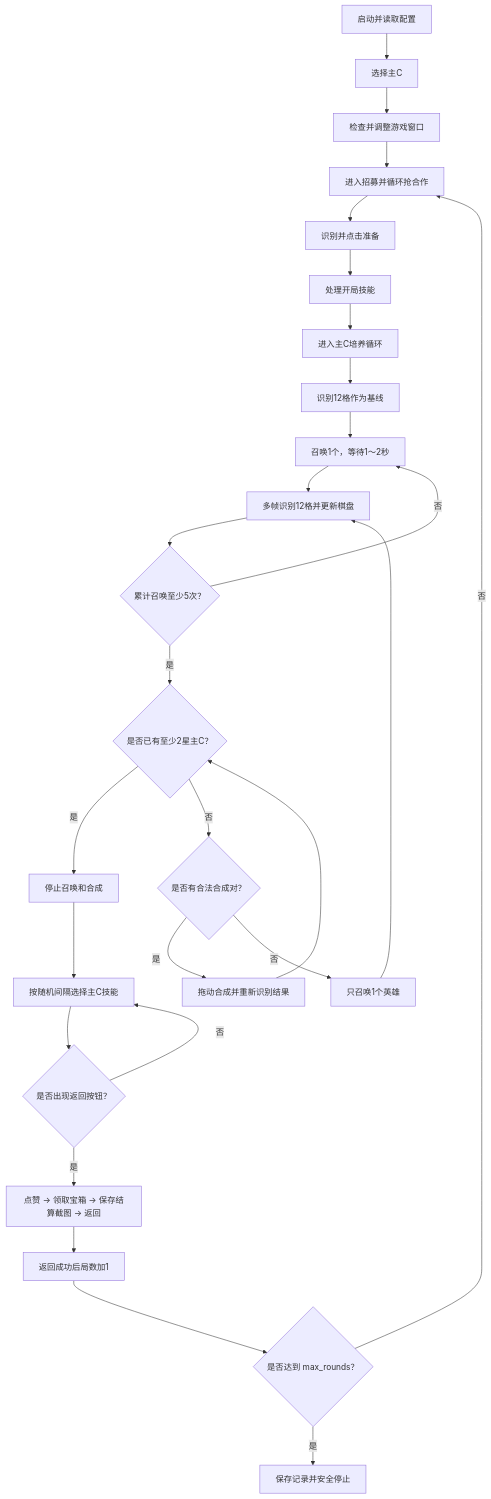
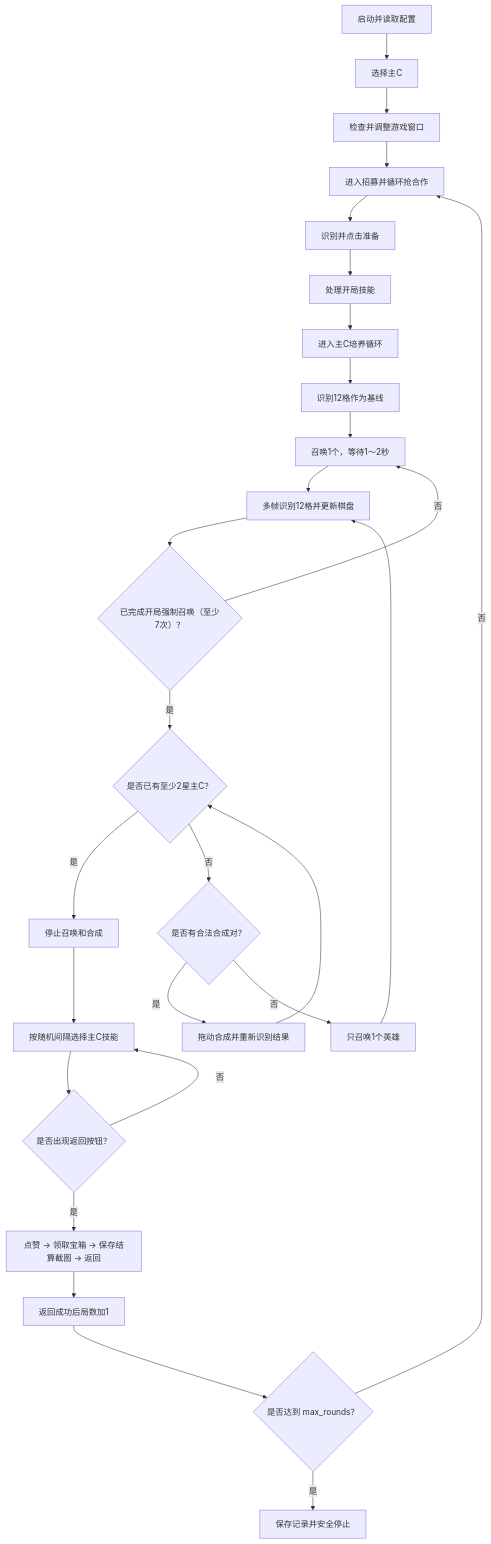
One commit to imer2026/wlxq changed the first of 2 diagrams in docs/automation-flow.md. Above: the diagram before and after it, drawn with Mermaid. The commit also changed other lines of this file and 19 other files, not shown here.

````diff
--- a/docs/automation-flow.md
+++ b/docs/automation-flow.md
@@ -39,29 +39,29 @@
 ```mermaid
 flowchart TD
     A["启动并读取配置"] --> B["选择主C"]
     B --> C["检查并调整游戏窗口"]
     C --> D["进入招募并循环抢合作"]
     D --> E["识别并点击准备"]
     E --> H["处理开局技能"]
     H --> J["进入主C培养循环"]
     J --> M0["识别12格作为基线"]
     M0 --> L["召唤1个，等待1～2秒"]
     L --> M["多帧识别12格并更新棋盘"]
-    M --> C5{"累计召唤至少5次？"}
+    M --> C5{"已完成开局强制召唤（至少7次）？"}
     C5 -- "否" --> L
     C5 -- "是" --> K{"是否已有至少2星主C？"}
     K -- "是" --> P["停止召唤和合成"]
     K -- "否" --> N{"是否有合法合成对？"}
     N -- "是" --> O["拖动合成并重新识别结果"]
     O --> K
     N -- "否" --> L2["只召唤1个英雄"]
     L2 --> M
     P --> Q["按随机间隔选择主C技能"]
     Q --> R{"是否出现返回按钮？"}
     R -- "否" --> Q
     R -- "是" --> S["点赞 → 领取宝箱 → 保存结算截图 → 返回"]
     S --> T["返回成功后局数加1"]
     T --> U{"是否达到 max_rounds？"}
     U -- "否" --> D
     U -- "是" --> V["保存记录并安全停止"]
 ```
````
